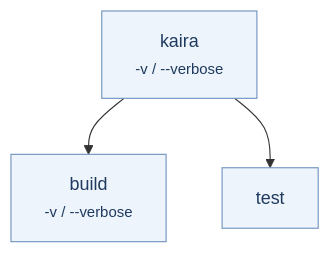
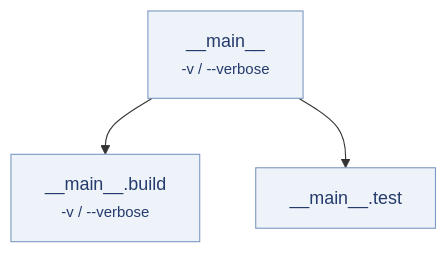
One commit to ambhora/kaira changed the diagram in docs/examples/subcommands.md. Above: the diagram before and after it, drawn with Mermaid. The commit also changed other lines of this file and 28 other files, not shown here.

````diff
--- a/docs/examples/subcommands.md
+++ b/docs/examples/subcommands.md
@@ -12,7 +12,7 @@
 ```mermaid
 flowchart TD
-    R["kaira<br/><small>-v / --verbose</small>"] --> B["build<br/><small>-v / --verbose</small>"]
-    R --> T["test"]
-    classDef lvl fill:#eef4fb,stroke:#6f93c0,color:#1f3a5f;
+    R["__main__<br/><small>-v / --verbose</small>"] --> B["__main__.build<br/><small>-v / --verbose</small>"]
+    R --> T["__main__.test"]
+    classDef lvl fill:#eef2f9,stroke:#7f9ac4,color:#243b6b;
     class R,B,T lvl;
 ```
````
